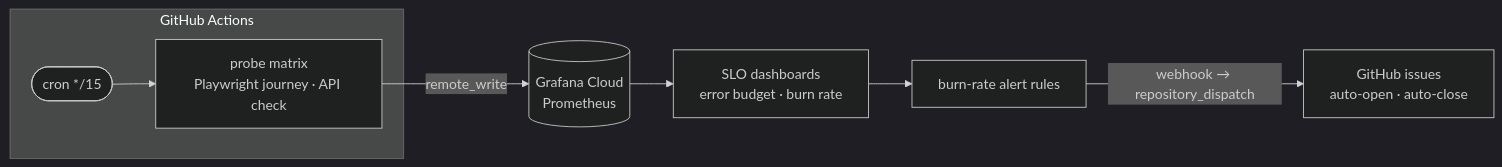
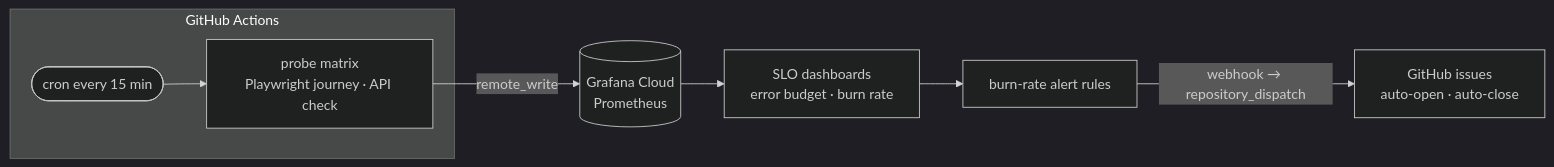
Before and after one commit to varunbhatt2193/synthetic-slo-harness: the first of 2 diagrams in README.md, drawn with Mermaid (dark theme). The commit also changed other lines of this file and 3 other files, not shown here.

First line of the commit message:
fix(probe): move cron off congested :00/:15 marks to :04/:19/:34/:49

````diff
--- a/README.md
+++ b/README.md
@@ -89,10 +89,10 @@
 ```mermaid
 flowchart LR
     subgraph gha["GitHub Actions"]
-        cron(["cron */15"]) --> probes["probe matrix<br/>Playwright journey · API check"]
+        cron(["cron every 15 min"]) --> probes["probe matrix<br/>Playwright journey · API check"]
     end
     probes -- "remote_write" --> prom[("Grafana Cloud<br/>Prometheus")]
     prom --> dash["SLO dashboards<br/>error budget · burn rate"]
     dash --> alerts["burn-rate alert rules"]
     alerts -- "webhook → repository_dispatch" --> issues["GitHub issues<br/>auto-open · auto-close"]
 ```
````
